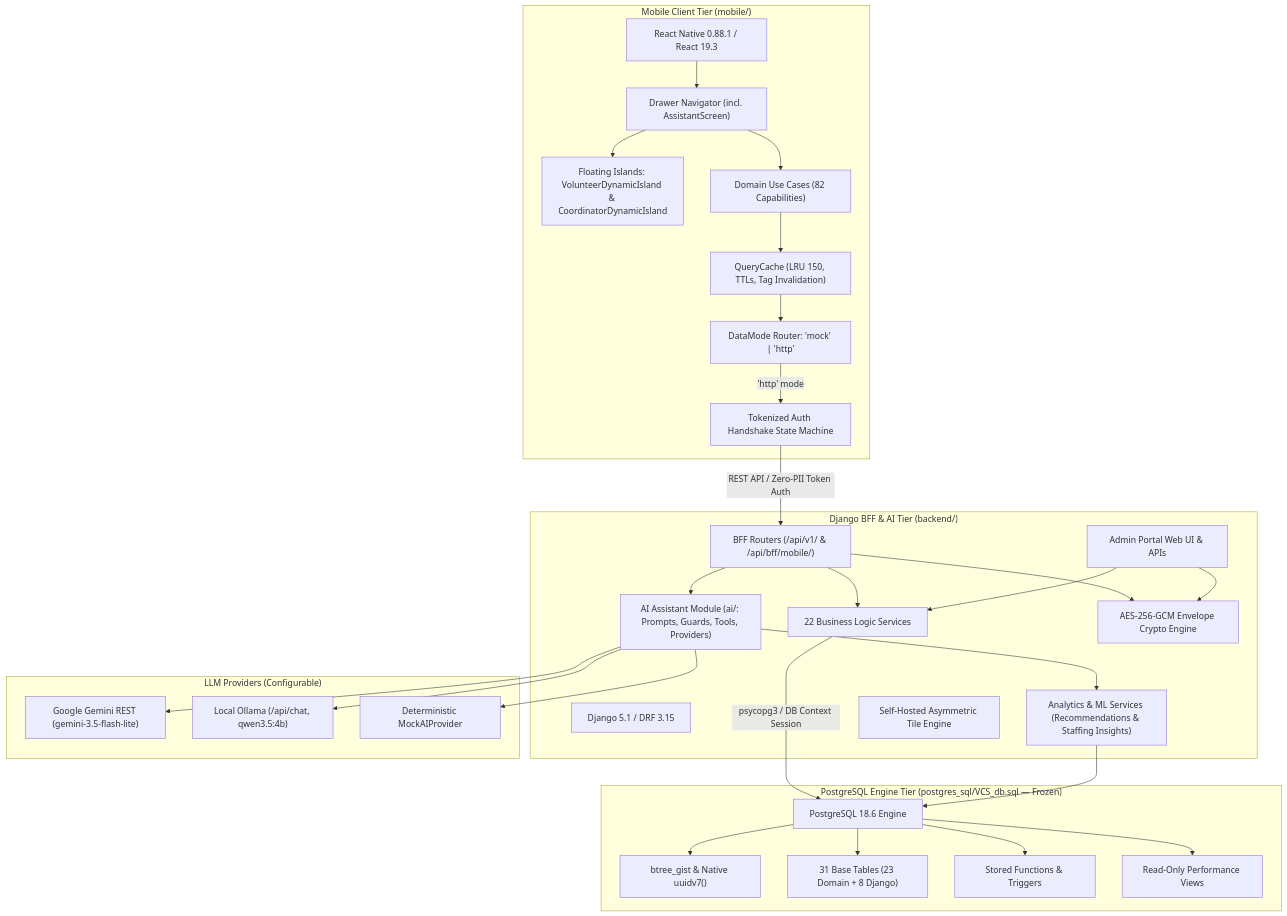
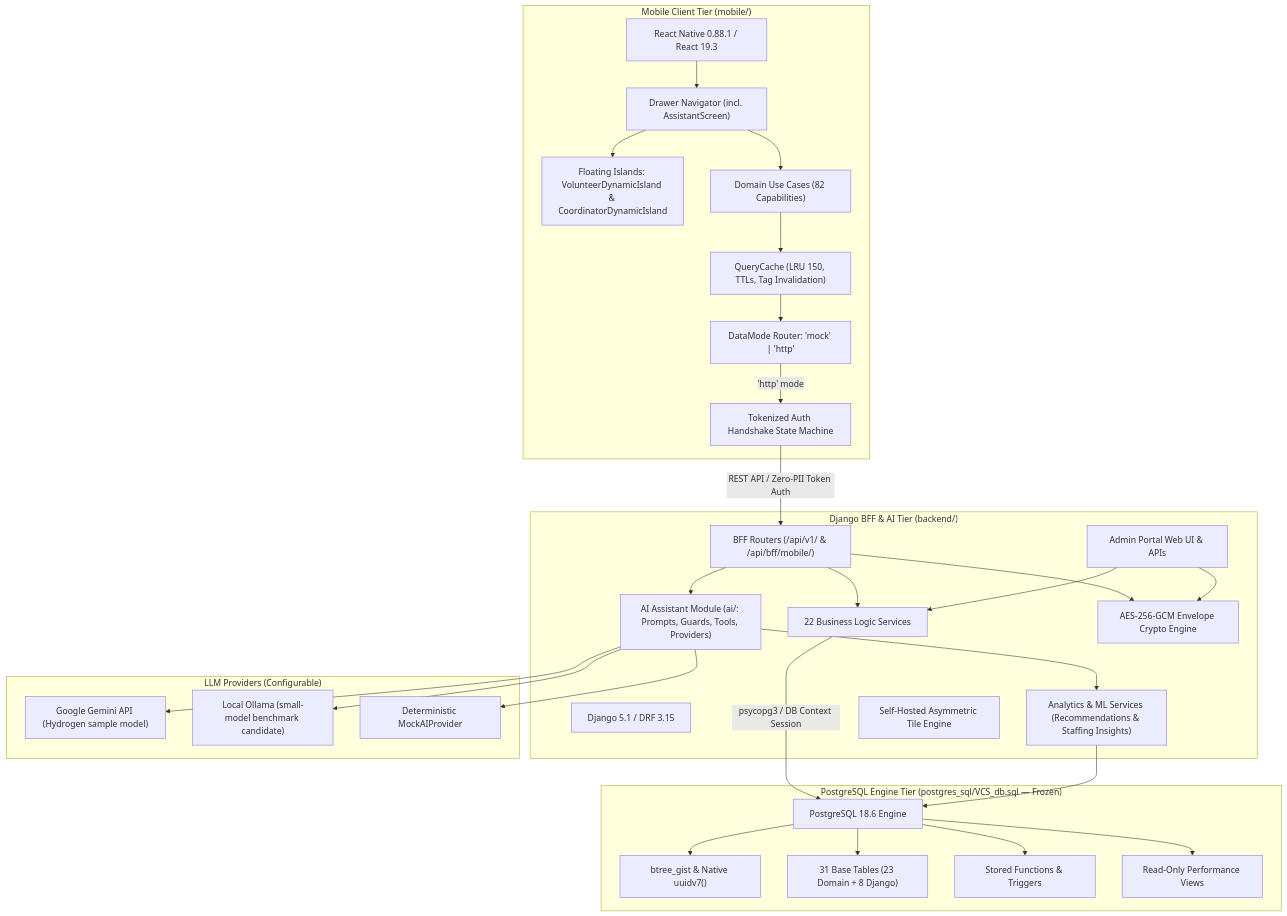
One commit to ThuraAung-Rayaar/Volunteer_Coordination_System changed the diagram in docs/README.md. Above: the diagram before and after it, drawn with Mermaid. The commit also changed other lines of this file, not shown here.

Commit message:
docs: index Gemini prototype work order and runbook

````diff
--- a/docs/README.md
+++ b/docs/README.md
@@ -59,60 +70,60 @@
 ```mermaid
 flowchart TD
     subgraph ClientTier["Mobile Client Tier (mobile/)"]
         RN["React Native 0.88.1 / React 19.3"]
         NAV["Drawer Navigator (incl. AssistantScreen)"]
         ISLANDS["Floating Islands: VolunteerDynamicIsland & CoordinatorDynamicIsland"]
         USE_CASES["Domain Use Cases (82 Capabilities)"]
         CACHE["QueryCache (LRU 150, TTLs, Tag Invalidation)"]
         DM["DataMode Router: 'mock' | 'http'"]
         AUTH_CLIENT["Tokenized Auth Handshake State Machine"]
     end
 
     subgraph BackendTier["Django BFF & AI Tier (backend/)"]
         DRF["Django 5.1 / DRF 3.15"]
         BFF["BFF Routers (/api/v1/ & /api/bff/mobile/)"]
         AI_MOD["AI Assistant Module (ai/: Prompts, Guards, Tools, Providers)"]
         ML_SRV["Analytics & ML Services (Recommendations & Staffing Insights)"]
         ADM["Admin Portal Web UI & APIs"]
         SRV["22 Business Logic Services"]
         CRYPTO["AES-256-GCM Envelope Crypto Engine"]
         MAP_ENG["Self-Hosted Asymmetric Tile Engine"]
     end
 
     subgraph ExternalAI["LLM Providers (Configurable)"]
-        GEM["Google Gemini REST (gemini-3.5-flash-lite)"]
-        OLL["Local Ollama (/api/chat, qwen3.5:4b)"]
+        GEM["Google Gemini API (Hydrogen sample model)"]
+        OLL["Local Ollama (small-model benchmark candidate)"]
         MOCK_AI["Deterministic MockAIProvider"]
     end
 
     subgraph DatabaseTier["PostgreSQL Engine Tier (postgres_sql/VCS_db.sql — Frozen)"]
         PG["PostgreSQL 18.6 Engine"]
         EXT["btree_gist & Native uuidv7()"]
         TABLES["31 Base Tables (23 Domain + 8 Django)"]
         TRIG["Stored Functions & Triggers"]
         VIEWS["Read-Only Performance Views"]
     end
 
     RN --> NAV
     NAV --> ISLANDS
     NAV --> USE_CASES
     USE_CASES --> CACHE
     CACHE --> DM
     DM -->|"'http' mode"| AUTH_CLIENT
     AUTH_CLIENT -->|REST API / Zero-PII Token Auth| BFF
     BFF --> SRV
     BFF --> AI_MOD
     BFF --> CRYPTO
     AI_MOD --> ML_SRV
     AI_MOD --> GEM
     AI_MOD --> OLL
     AI_MOD --> MOCK_AI
     ADM --> SRV
     ADM --> CRYPTO
     SRV -->|psycopg3 / DB Context Session| PG
     ML_SRV --> PG
     PG --> EXT
     PG --> TABLES
     PG --> TRIG
     PG --> VIEWS
 ```
````
